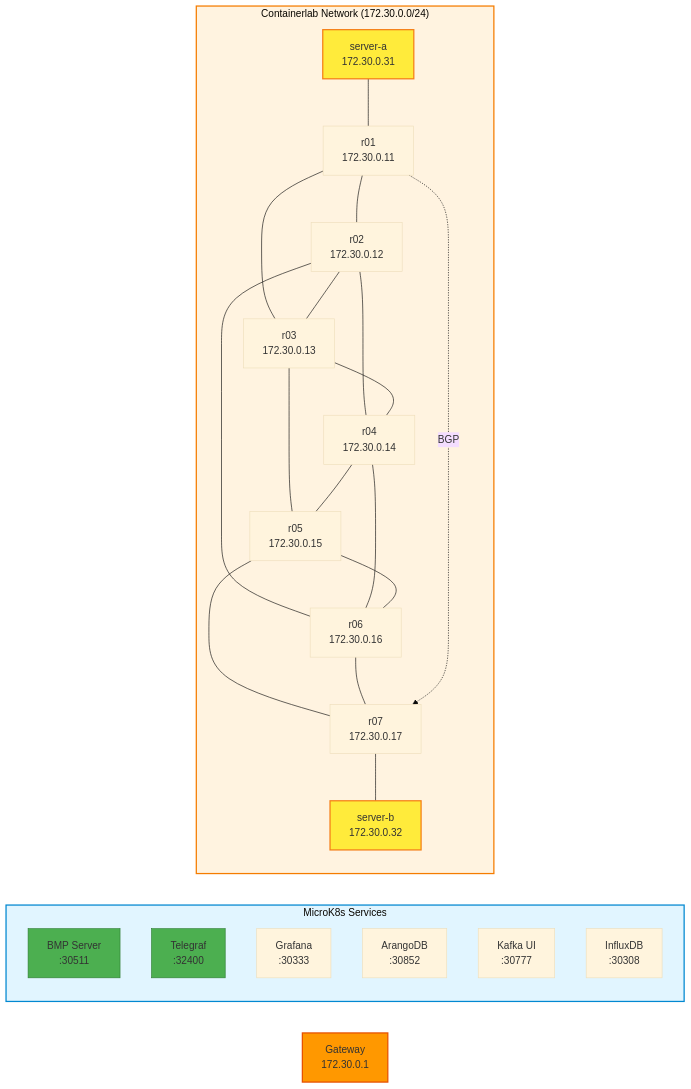
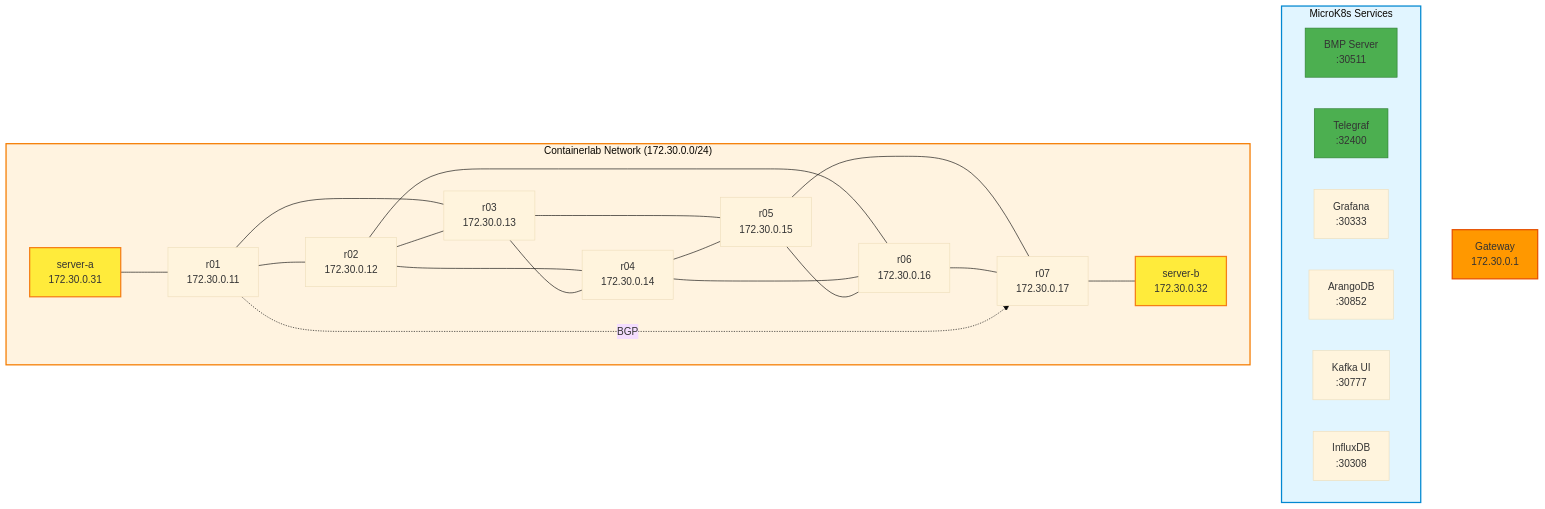
Before and after one commit to severindellsperger/jalapeno-bmp-demo: the diagram in README.md, drawn with Mermaid (base theme). The commit also changed 1 other file, not shown here.

Commit message:
Change diagram to vertical layout and use nicolaka/netshoot image
Agent-Logs-Url: https://github.com/severindellsperger/jalapeno-bmp-demo/sessions/8200b523-e369-47c4-8ed8-107eff47d1d2

````diff
--- a/README.md
+++ b/README.md
@@ -17,52 +17,52 @@
 ```mermaid
-graph LR
+graph TB
     GW["Gateway<br/>172.30.0.1"]
 
     subgraph K8s["MicroK8s Services"]
         BMP["BMP Server<br/>:30511"]
         TEL["Telegraf<br/>:32400"]
         GRAF["Grafana<br/>:30333"]
         ARANGO["ArangoDB<br/>:30852"]
         KAFKA["Kafka UI<br/>:30777"]
         INFLUX["InfluxDB<br/>:30308"]
     end
 
     subgraph CL["Containerlab Network (172.30.0.0/24)"]
         SA["server-a<br/>172.30.0.31"]
         R01["r01<br/>172.30.0.11"]
         R02["r02<br/>172.30.0.12"]
         R03["r03<br/>172.30.0.13"]
         R04["r04<br/>172.30.0.14"]
         R05["r05<br/>172.30.0.15"]
         R06["r06<br/>172.30.0.16"]
         R07["r07<br/>172.30.0.17"]
         SB["server-b<br/>172.30.0.32"]
     end
 
-    %% Physical topology (left to right)
+    %% Physical topology
     SA --- R01
     R01 --- R02
     R01 --- R03
     R02 --- R03
     R02 --- R04
     R02 --- R06
     R03 --- R04
     R03 --- R05
     R04 --- R05
     R04 --- R06
     R05 --- R06
     R05 --- R07
     R06 --- R07
     R07 --- SB
 
     %% BGP peering
     R01 -.BGP.-> R07
 
     style K8s fill:#e1f5ff,stroke:#0288d1,stroke-width:2px
     style CL fill:#fff3e0,stroke:#f57c00,stroke-width:2px
     style BMP fill:#4caf50,stroke:#2e7d32
     style TEL fill:#4caf50,stroke:#2e7d32
     style GW fill:#ff9800,stroke:#e65100,stroke-width:2px
     style SA fill:#ffeb3b,stroke:#f57f17,stroke-width:2px
     style SB fill:#ffeb3b,stroke:#f57f17,stroke-width:2px
 ```
````
